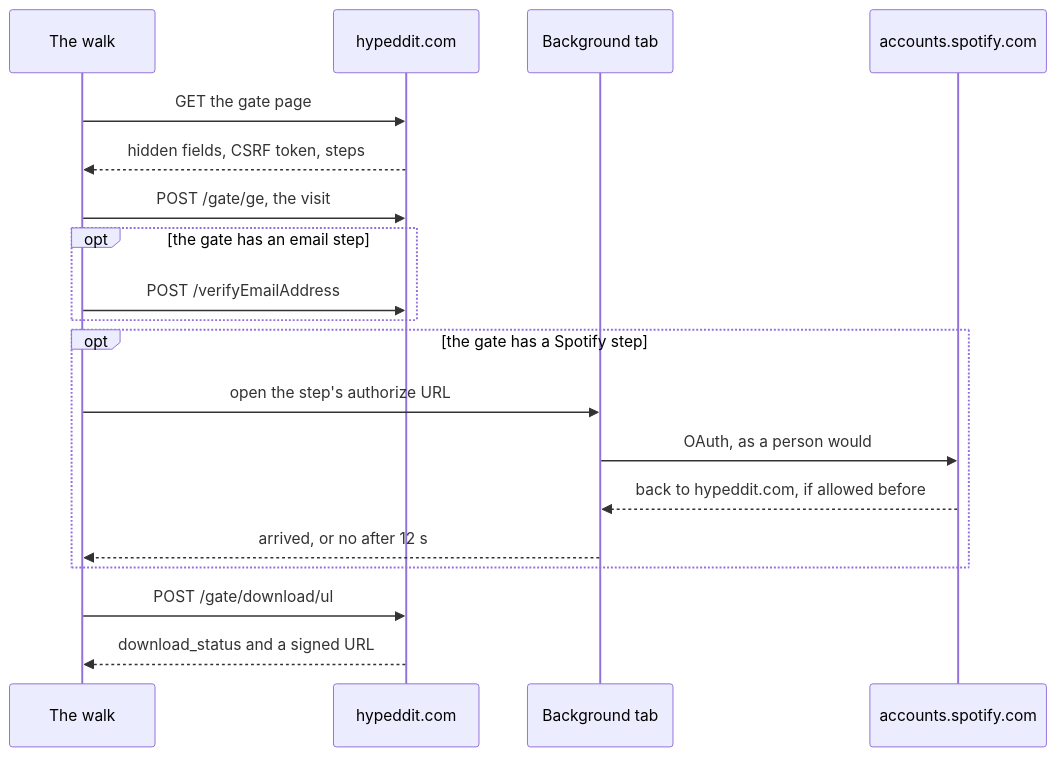
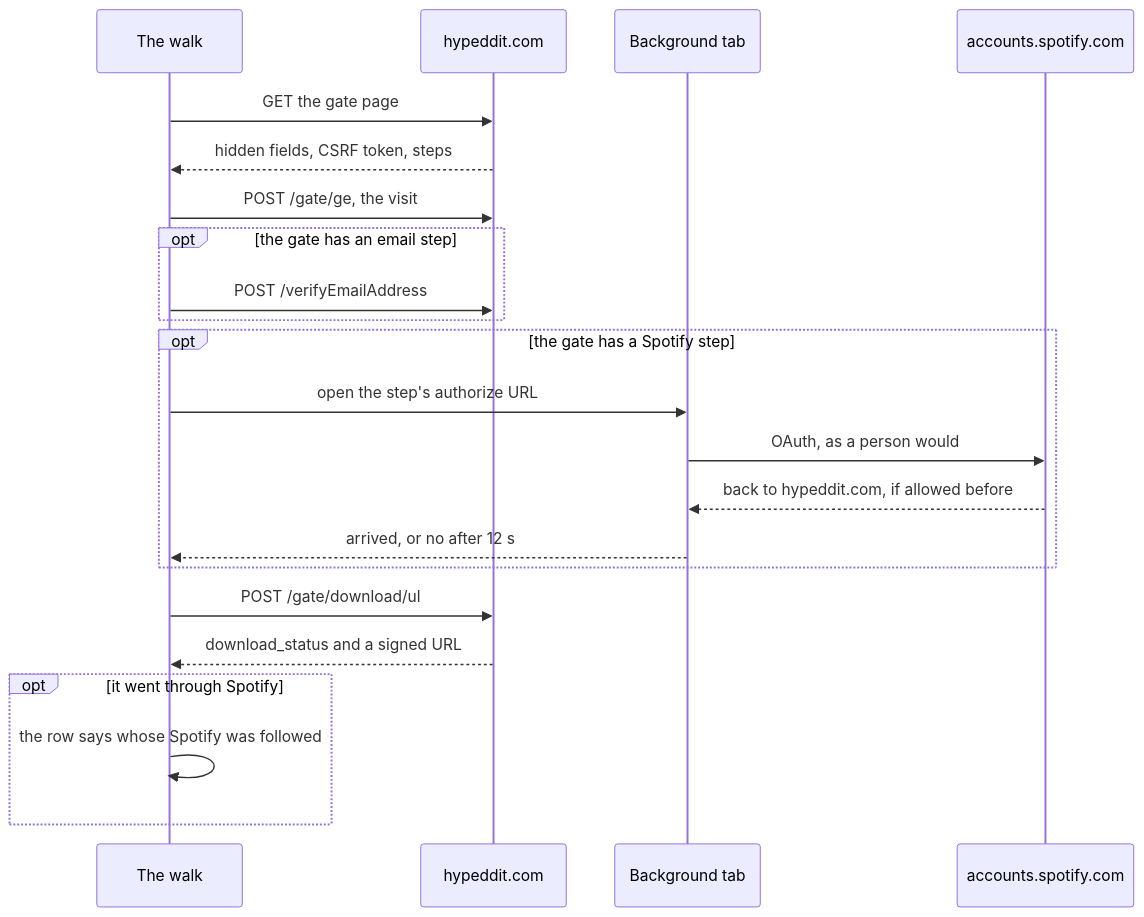
One commit to cutenode/localnetwork changed the eighth of 8 diagrams in apps/localtoolbox/docs/diagrams/downloader.md. Above: the diagram before and after it, drawn with Mermaid. The commit also changed other lines of this file and 58 other files, not shown here.

````diff
--- a/apps/localtoolbox/docs/diagrams/downloader.md
+++ b/apps/localtoolbox/docs/diagrams/downloader.md
@@ -283,21 +210,24 @@
 ```mermaid
 sequenceDiagram
   participant W as The walk
   participant H as hypeddit.com
   participant T as Background tab
   participant S as accounts.spotify.com
   W->>H: GET the gate page
   H-->>W: hidden fields, CSRF token, steps
   W->>H: POST /gate/ge, the visit
   opt the gate has an email step
     W->>H: POST /verifyEmailAddress
   end
   opt the gate has a Spotify step
     W->>T: open the step's authorize URL
     T->>S: OAuth, as a person would
     S-->>T: back to hypeddit.com, if allowed before
     T-->>W: arrived, or no after 12 s
   end
   W->>H: POST /gate/download/ul
   H-->>W: download_status and a signed URL
+  opt it went through Spotify
+    W->>W: the row says whose Spotify was followed
+  end
 ```
````
